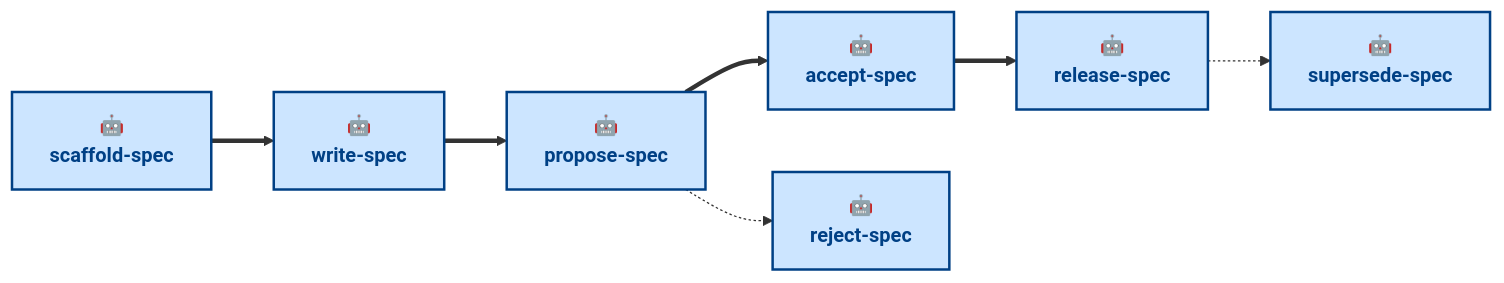
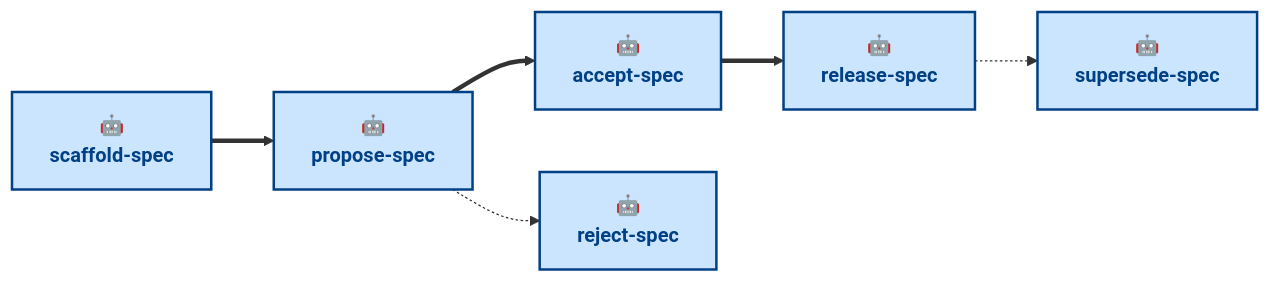
One commit to kieranpotts/specs changed the diagram in .agents/skills/README.md. Above: the diagram before and after it, drawn with Mermaid. The commit also changed other lines of this file and 11 other files, not shown here.

Commit message:
chore: delete write-spec skill

````diff
--- a/.agents/skills/README.md
+++ b/.agents/skills/README.md
@@ -41,21 +40,19 @@
 ```mermaid
 flowchart LR
   scaffold["🤖<br/><b>scaffold-spec</b>"]:::agentic
-  write["🤖<br/><b>write-spec</b>"]:::agentic
   propose["🤖<br/><b>propose-spec</b>"]:::agentic
   accept["🤖<br/><b>accept-spec</b>"]:::agentic
   release["🤖<br/><b>release-spec</b>"]:::agentic
   supersede["🤖<br/><b>supersede-spec</b>"]:::agentic
   reject["🤖<br/><b>reject-spec</b>"]:::agentic
 
-  scaffold ==> write
-  write ==> propose
+  scaffold ==> propose
   propose ==> accept
   accept ==> release
   release -.-> supersede
   propose -.-> reject
 
   classDef agentic fill:#cce5ff,stroke:#004085,color:#004085,stroke-width:2px
   classDef scripted fill:#e2e3e5,stroke:#4b5157,color:#383d41,stroke-width:2px
   classDef anthropic fill:#fff3cd,stroke:#856404,color:#856404,stroke-width:2px,stroke-dasharray:2 3
 ```
````
